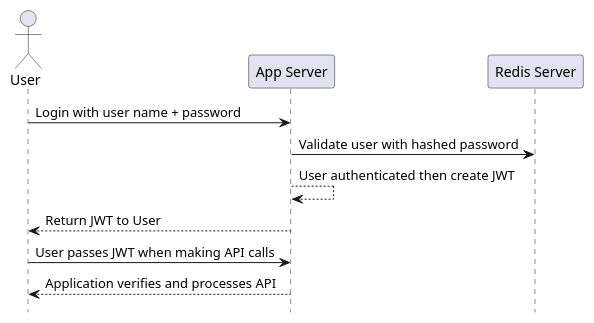
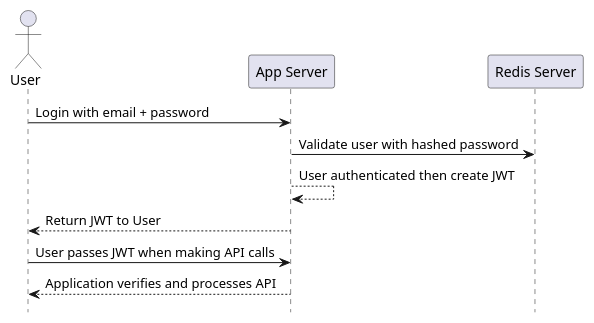
One commit to truongnh28/pchat changed the diagram in docs/SignIn.puml. Above: the diagram before and after it, drawn with PlantUML. The commit also changed 40 other files, not shown here.

```diff
--- a/docs/SignIn.puml
+++ b/docs/SignIn.puml
@@ -1,13 +1,13 @@
 @startuml
 hide footbox
 
 actor "User"
 
-"User" -> "App Server": Login with user name + password
+"User" -> "App Server": Login with email + password
 "App Server" -> "Redis Server": Validate user with hashed password
 "App Server" --> "App Server": User authenticated then create JWT
 "App Server" --> "User": Return JWT to User
 "User" -> "App Server": User passes JWT when making API calls
 "App Server" --> "User": Application verifies and processes API
 
 @enduml
```
